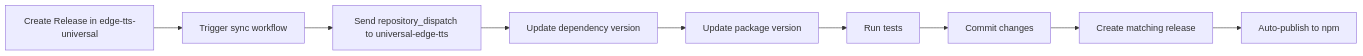
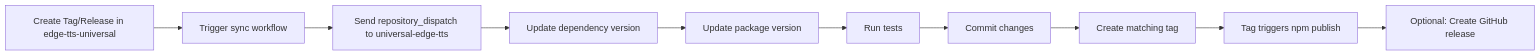
The diagram in SETUP.md (travisvn/universal-edge-tts), drawn with Mermaid before and after one commit. The commit also changed other lines of this file and 4 other files, not shown here.

````diff
--- a/SETUP.md
+++ b/SETUP.md
@@ -50,11 +50,12 @@
 ```mermaid
 graph LR
-    A[Create Release in edge-tts-universal] --> B[Trigger sync workflow]
+    A[Create Tag/Release in edge-tts-universal] --> B[Trigger sync workflow]
     B --> C[Send repository_dispatch to universal-edge-tts]
     C --> D[Update dependency version]
     D --> E[Update package version]
     E --> F[Run tests]
     F --> G[Commit changes]
-    G --> H[Create matching release]
-    H --> I[Auto-publish to npm]
+    G --> H[Create matching tag]
+    H --> I[Tag triggers npm publish]
+    I --> J[Optional: Create GitHub release]
 ```
````
